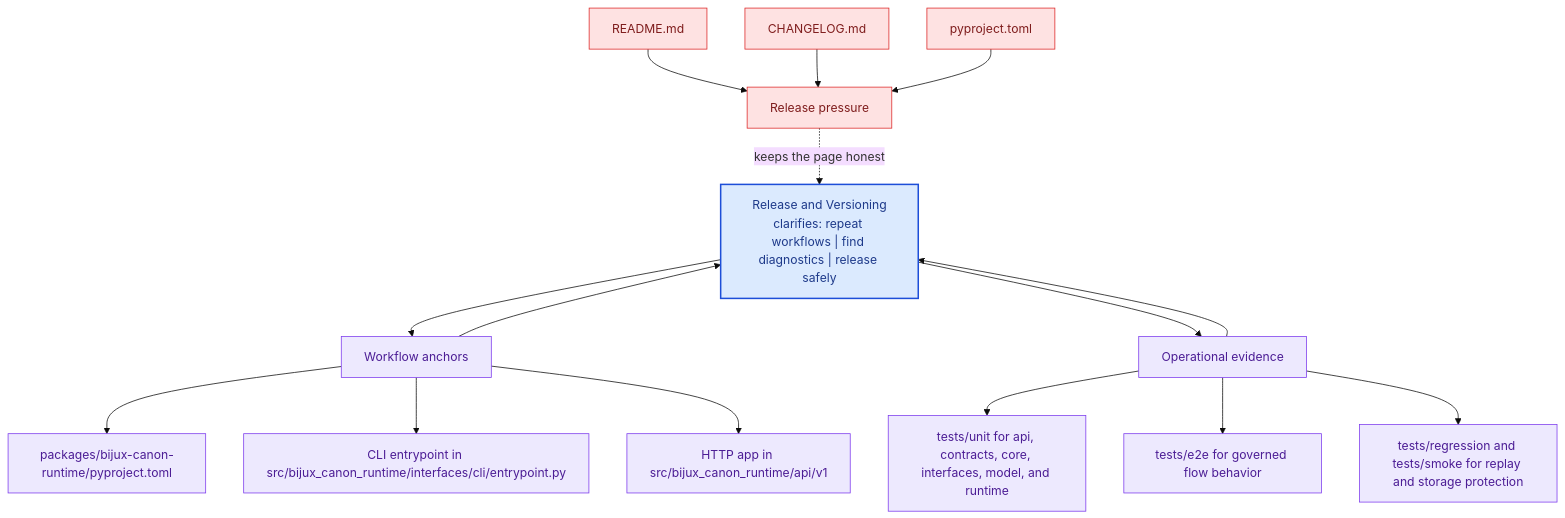
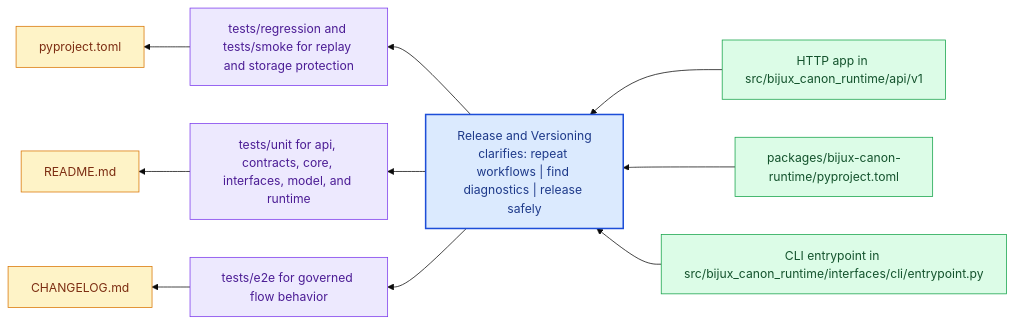
The diagram in docs/bijux-canon-runtime/operations/release-and-versioning.md (bijux/bijux-canon), drawn with Mermaid (base theme) before and after one commit. The commit also changed other lines of this file and 281 other files, not shown here.

Commit message:
docs(diagrams): replace repeated mermaid scaffolds with page-specific summaries

````diff
--- a/docs/bijux-canon-runtime/operations/release-and-versioning.md
+++ b/docs/bijux-canon-runtime/operations/release-and-versioning.md
@@ -68,41 +23,31 @@
 ```mermaid
-flowchart TB
-    promise["Release and Versioning<br/>clarifies: repeat workflows | find diagnostics | release safely"]
-    classDef promise fill:#dbeafe,stroke:#1d4ed8,color:#1e3a8a,stroke-width:2px;
-    classDef driver fill:#dcfce7,stroke:#16a34a,color:#14532d;
-    classDef constraint fill:#fee2e2,stroke:#dc2626,color:#7f1d1d;
-    classDef ground fill:#ede9fe,stroke:#7c3aed,color:#4c1d95;
-    focus1["Workflow anchors"]
-    focus1 --> promise
-    promise --> focus1
-    focus1_1["packages/bijux-canon-runtime/pyproject.toml"]
-    focus1 --> focus1_1
-    focus1_2["CLI entrypoint in src/bijux_canon_runtime/interfaces/cli/entrypoint.py"]
-    focus1 --> focus1_2
-    focus1_3["HTTP app in src/bijux_canon_runtime/api/v1"]
-    focus1 --> focus1_3
-    class focus1 ground;
-    class focus1_1,focus1_2,focus1_3 ground;
-    focus2["Operational evidence"]
-    focus2 --> promise
-    promise --> focus2
-    focus2_1["tests/unit for api, contracts, core, interfaces, model, and runtime"]
-    focus2 --> focus2_1
-    focus2_2["tests/e2e for governed flow behavior"]
-    focus2 --> focus2_2
-    focus2_3["tests/regression and tests/smoke for replay and storage protection"]
-    focus2 --> focus2_3
-    class focus2 ground;
-    class focus2_1,focus2_2,focus2_3 ground;
-    focus3["Release pressure"]
-    focus3 -.keeps the page honest.-> promise
-    focus3_1["README.md"]
-    focus3_1 --> focus3
-    focus3_2["CHANGELOG.md"]
-    focus3_2 --> focus3
-    focus3_3["pyproject.toml"]
-    focus3_3 --> focus3
-    class focus3 constraint;
-    class focus3_1,focus3_2,focus3_3 constraint;
-    class promise promise;
+flowchart RL
+    page["Release and Versioning<br/>clarifies: repeat workflows | find diagnostics | release safely"]
+    classDef page fill:#dbeafe,stroke:#1d4ed8,color:#1e3a8a,stroke-width:2px;
+    classDef positive fill:#dcfce7,stroke:#16a34a,color:#14532d;
+    classDef caution fill:#fee2e2,stroke:#dc2626,color:#7f1d1d;
+    classDef anchor fill:#ede9fe,stroke:#7c3aed,color:#4c1d95;
+    classDef action fill:#fef3c7,stroke:#d97706,color:#7c2d12;
+    step1["HTTP app in src/bijux_canon_runtime/api/v1"]
+    step1 --> page
+    step2["packages/bijux-canon-runtime/pyproject.toml"]
+    step2 --> page
+    step3["CLI entrypoint in src/bijux_canon_runtime/interfaces/cli/entrypoint.py"]
+    step3 --> page
+    run1["tests/regression and tests/smoke for replay and storage protection"]
+    page --> run1
+    run2["tests/unit for api, contracts, core, interfaces, model, and runtime"]
+    page --> run2
+    run3["tests/e2e for governed flow behavior"]
+    page --> run3
+    release1["pyproject.toml"]
+    run1 --> release1
+    release2["README.md"]
+    run2 --> release2
+    release3["CHANGELOG.md"]
+    run3 --> release3
+    class page page;
+    class step1,step2,step3 positive;
+    class run1,run2,run3 anchor;
+    class release1,release2,release3 action;
 ```
````
